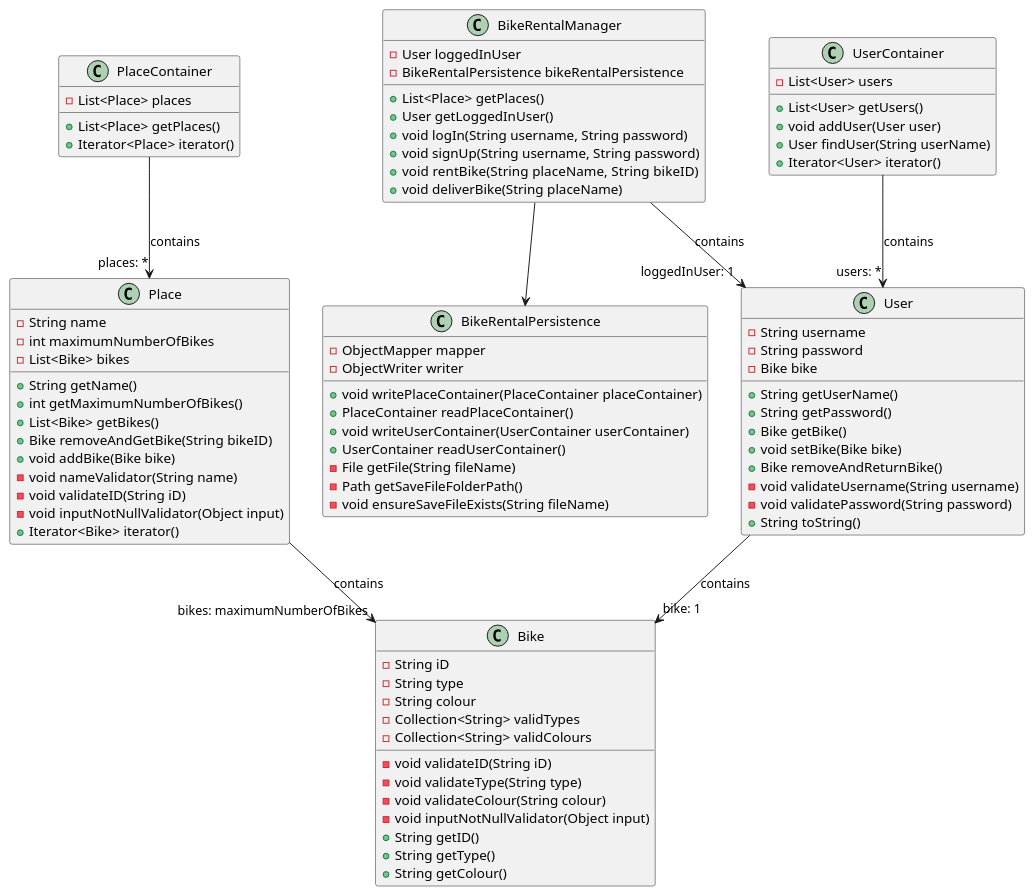
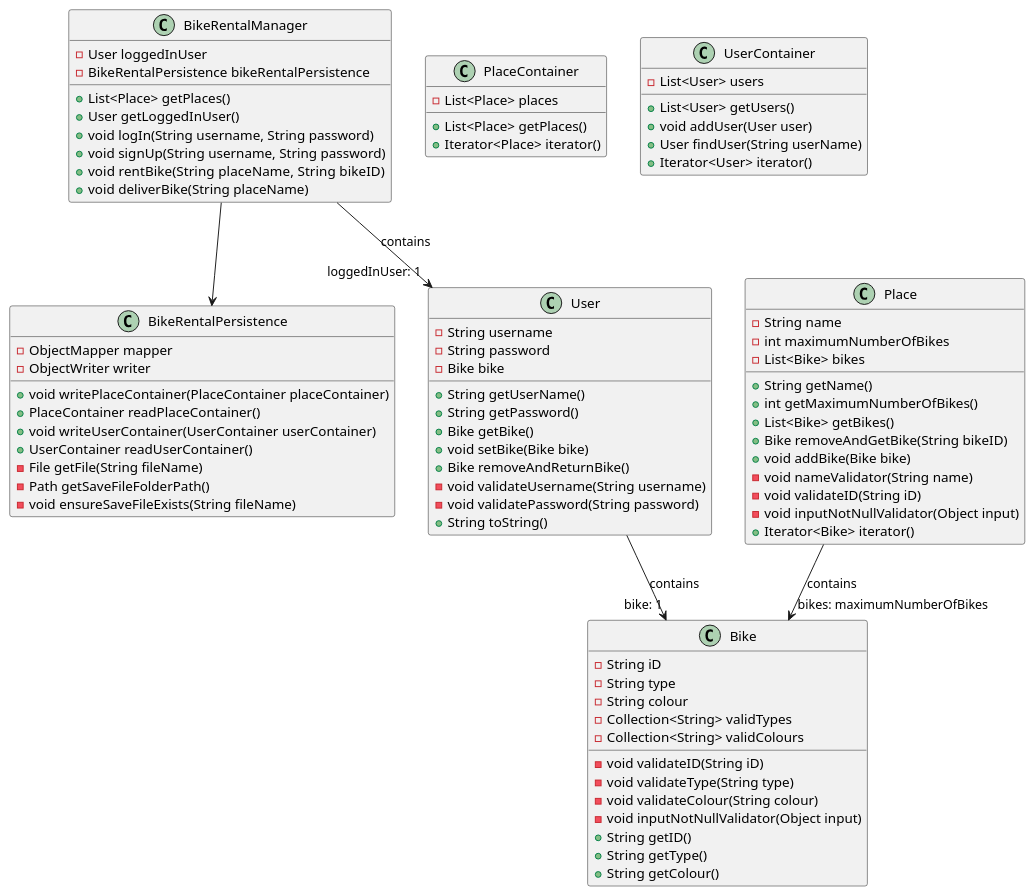
One commit to jonhallem/gr2247 changed the diagram in docs/release1.md. Above: the diagram before and after it, drawn with PlantUML.

Commit message:
Teste om klassediagram fungerer

```diff
--- a/docs/release1.md
+++ b/docs/release1.md
@@ -23,8 +23,6 @@
 @startuml
 BikeRentalManager --> BikeRentalPersistence
 BikeRentalManager --> "loggedInUser: 1" User : contains
-PlaceContainer --> "places: *" Place : contains
-UserContainer --> "users: *" User : contains
 Place --> "bikes: maximumNumberOfBikes" Bike : contains
 User --> "bike: 1" Bike : contains
 
```
